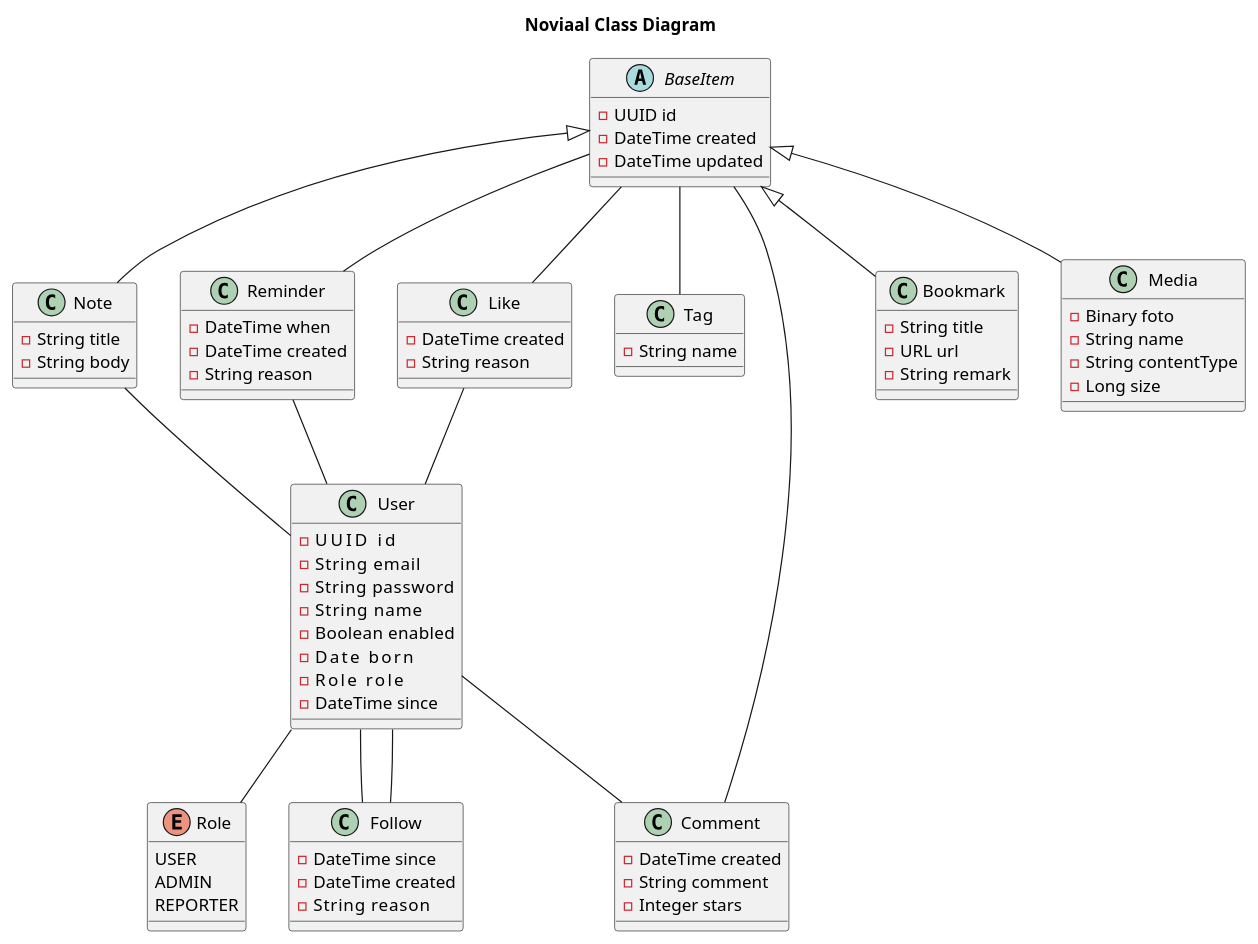
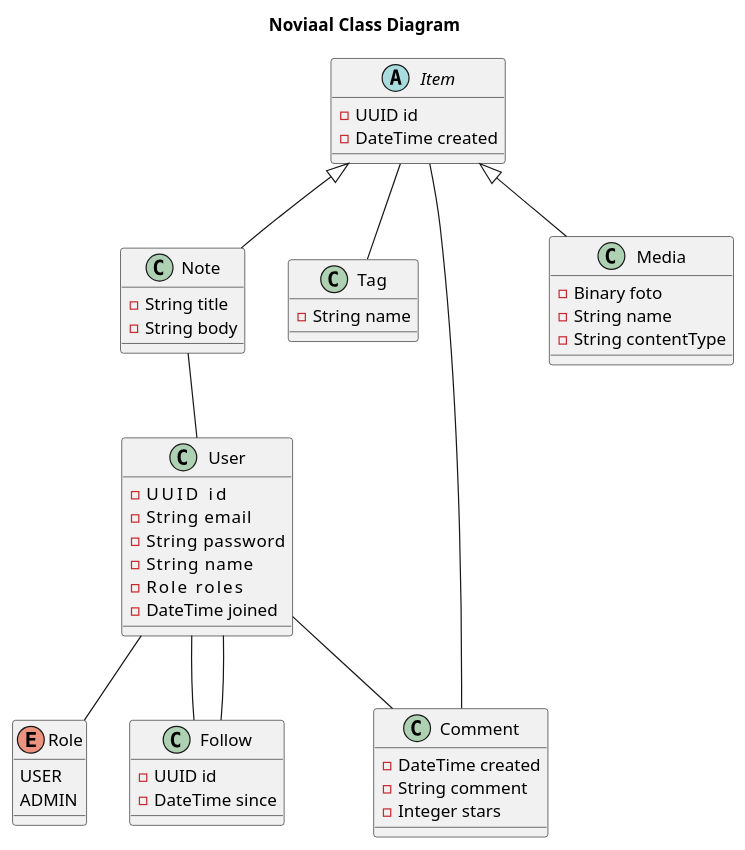
The diagram in documentatie/TO/class-diagram.puml (jvorhauer/noviaal), drawn with PlantUML before and after one commit. The commit also changed 32 other files, not shown here.

```diff
--- a/documentatie/TO/class-diagram.puml
+++ b/documentatie/TO/class-diagram.puml
@@ -1,88 +1,61 @@
 @startuml class-diagram
 
 title Noviaal Class Diagram
 
 Note -- User
 
 class User {
   - UUID     id
   - String   email
   - String   password
   - String   name
-  - Boolean  enabled
-  - Date     born
-  - Role     role
-  - DateTime since
+  - Role     roles
+  - DateTime joined
 }
 
 enum Role {
   USER
   ADMIN
-  REPORTER
 }
 
 User -- Role
 
-abstract class BaseItem {
+abstract class Item {
   - UUID id
   - DateTime created
-  - DateTime updated
 }
 
 together {
-  class Note extends BaseItem {
+  class Note extends Item {
     - String title
     - String body
   }
 
-  class Media extends BaseItem {
+  class Media extends Item {
     - Binary foto
     - String name
     - String contentType
-    - Long size
-  }
-
-  class Bookmark extends BaseItem {
-    - String title
-    - URL url
-    - String remark
   }
 }
 
-class Reminder {
-  - DateTime when
-  - DateTime created
-  - String reason
-}
-BaseItem -- Reminder
-Reminder -- User
-
-class Like {
-  - DateTime created
-  - String reason
-}
-BaseItem -- Like
-Like -- User
-
 class Follow {
+  - UUID id
   - DateTime since
-  - DateTime created
-  - String   reason
 }
 User -- Follow
 Follow -- User
 
 class Tag {
   - String name
 }
-BaseItem -- Tag
+Item -- Tag
 
 class Comment {
   - DateTime created
   - String comment
   - Integer stars
 }
-BaseItem -- Comment
+Item -- Comment
 User -- Comment
 
 @enduml
```
